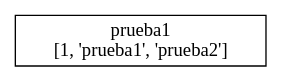
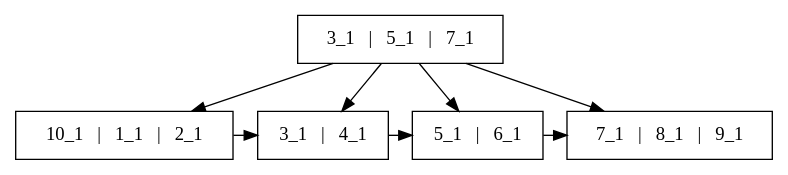
Before and after one commit to AaronGMG2000/Vacaciones_Diciembre_ProyectoEDD: the diagram in archivo.dot, drawn with Graphviz. The commit also changed 7 other files, not shown here.

```diff
--- a/archivo.dot
+++ b/archivo.dot
@@ -1,6 +1,15 @@
 digraph dibujo{
 graph [ordering="out"];rankdir=TB;
 node [shape = box];
-Nodoprueba1 [ label = "prueba1
-[1, 'prueba1', 'prueba2']"];
+Nodo3_1D5_1D7_1 [ label = "3_1   |   5_1   |   7_1"];
+NodoH10_1D1_1D2_1 [ label = "10_1   |   1_1   |   2_1"];
+Nodo3_1D5_1D7_1->NodoH10_1D1_1D2_1;
+NodoH3_1D4_1 [ label = "3_1   |   4_1"];
+Nodo3_1D5_1D7_1->NodoH3_1D4_1;
+NodoH5_1D6_1 [ label = "5_1   |   6_1"];
+Nodo3_1D5_1D7_1->NodoH5_1D6_1;
+NodoH7_1D8_1D9_1 [ label = "7_1   |   8_1   |   9_1"];
+Nodo3_1D5_1D7_1->NodoH7_1D8_1D9_1;
+NodoH10_1D1_1D2_1->NodoH3_1D4_1->NodoH5_1D6_1->NodoH7_1D8_1D9_1;
+{rank=same;NodoH10_1D1_1D2_1;NodoH3_1D4_1;NodoH5_1D6_1;NodoH7_1D8_1D9_1}
 }
```
